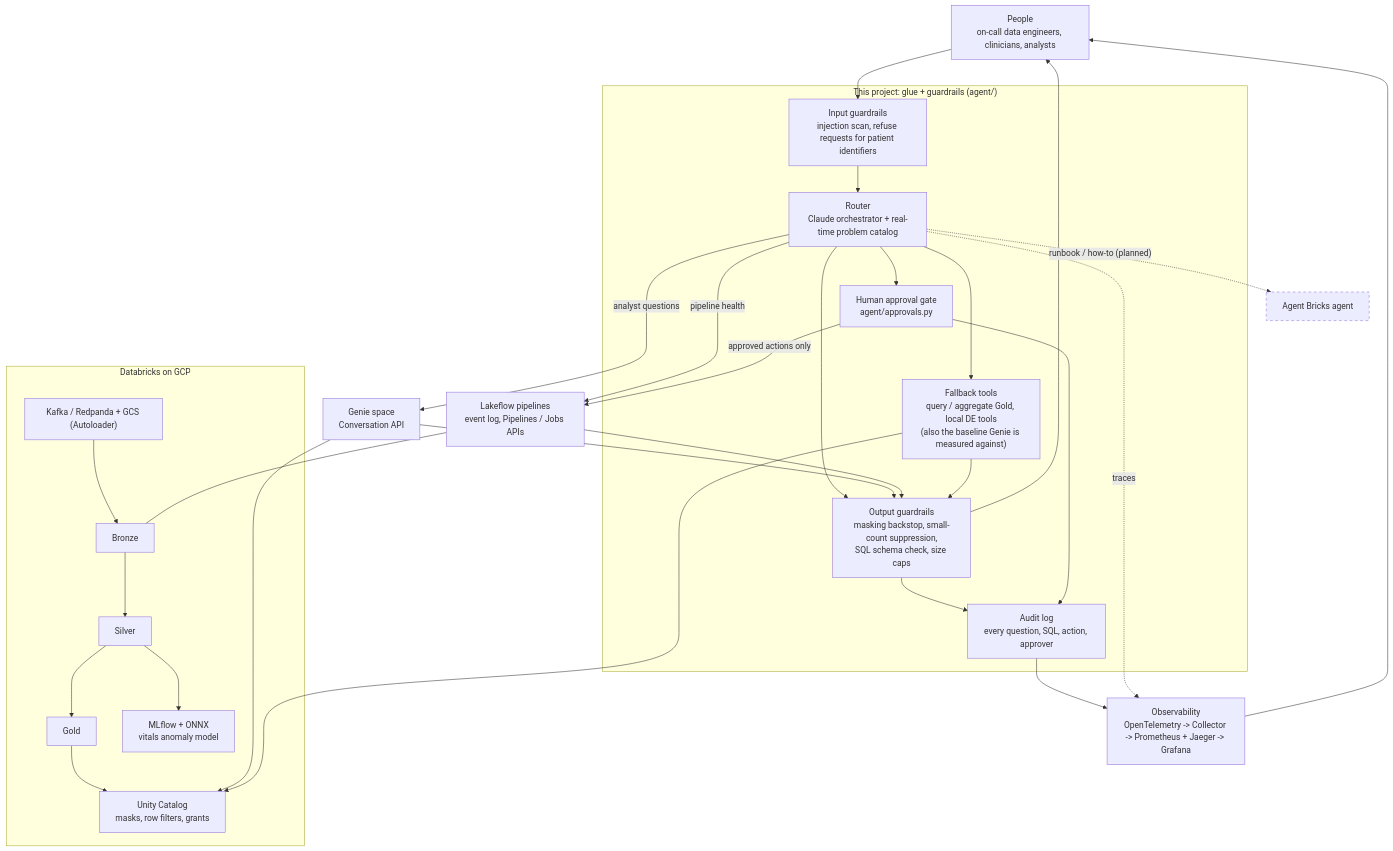
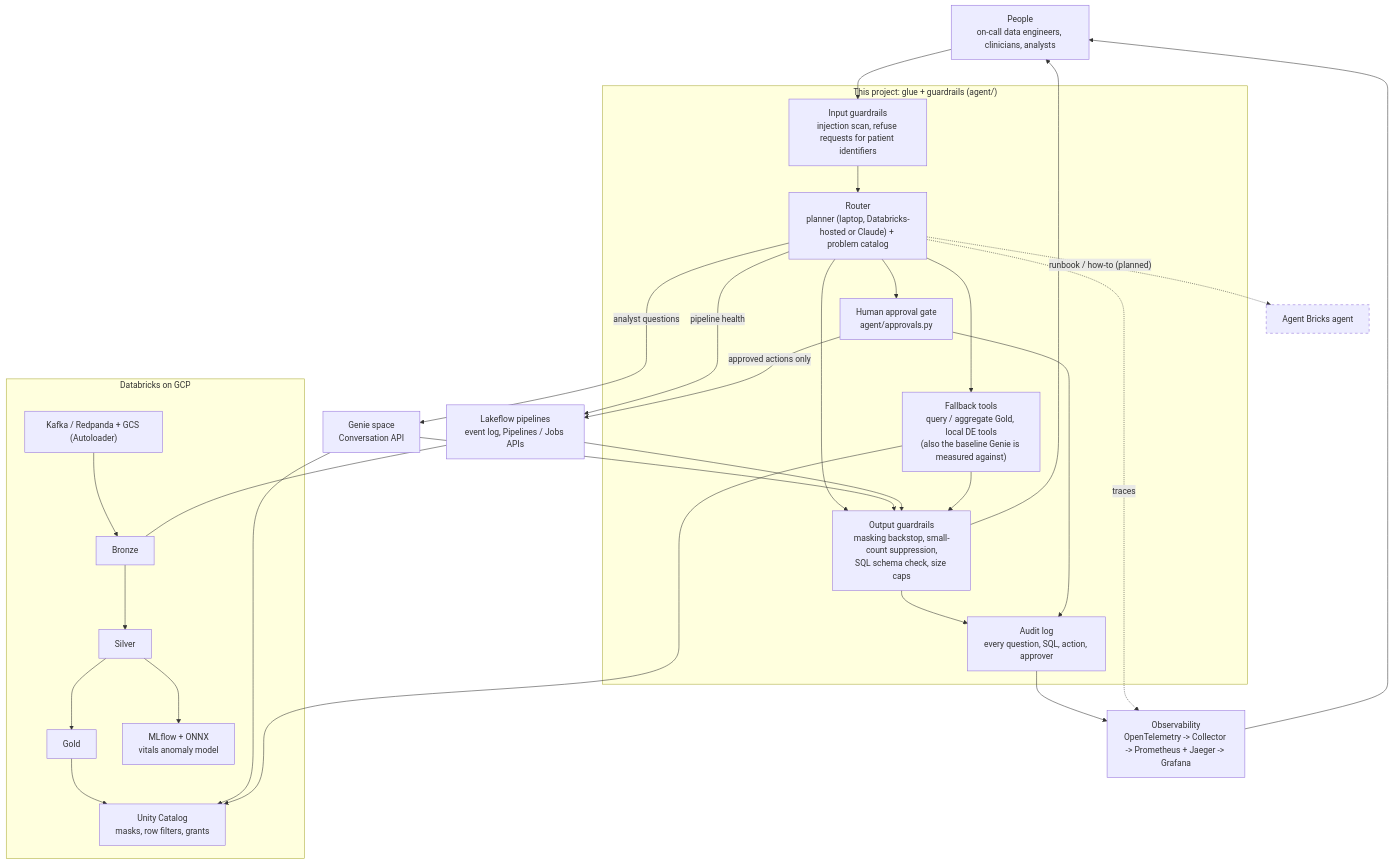
One commit to sumanthreddy369/databricks-agentic-de changed the first of 9 diagrams in README.md. Above: the diagram before and after it, drawn with Mermaid. The commit also changed other lines of this file and 19 other files, not shown here.

````diff
--- a/README.md
+++ b/README.md
@@ -209,39 +205,39 @@
 ```mermaid
 flowchart TD
     U["People<br/>on-call data engineers, clinicians, analysts"] --> IN
 
     subgraph OURS["This project: glue + guardrails (agent/)"]
-        IN["Input guardrails<br/>injection scan, refuse requests for patient identifiers"] --> R["Router<br/>Claude orchestrator + real-time problem catalog"]
+        IN["Input guardrails<br/>injection scan, refuse requests for patient identifiers"] --> R["Router<br/>planner (laptop, Databricks-hosted or Claude) + problem catalog"]
         R --> OUT["Output guardrails<br/>masking backstop, small-count suppression,<br/>SQL schema check, size caps"]
         R --> APR["Human approval gate<br/>agent/approvals.py"]
         OUT --> AUD["Audit log<br/>every question, SQL, action, approver"]
         APR --> AUD
         R --> FB["Fallback tools<br/>query / aggregate Gold, local DE tools<br/>(also the baseline Genie is measured against)"]
     end
 
     R -->|"analyst questions"| GENIE["Genie space<br/>Conversation API"]
     R -.->|"runbook / how-to (planned)"| BRICKS["Agent Bricks agent"]
     R -->|"pipeline health"| LAKE["Lakeflow pipelines<br/>event log, Pipelines / Jobs APIs"]
     APR -->|"approved actions only"| LAKE
 
     subgraph PLATFORM["Databricks on GCP"]
         SRC["Kafka / Redpanda + GCS (Autoloader)"] --> BRZ["Bronze"] --> SLV["Silver"] --> GLD["Gold"]
         GLD --> UC["Unity Catalog<br/>masks, row filters, grants"]
         SLV --> ML["MLflow + ONNX<br/>vitals anomaly model"]
     end
 
     LAKE --- BRZ
     GENIE --> UC
     FB --> UC
     GENIE --> OUT
     LAKE --> OUT
     FB --> OUT
     OUT --> U
 
     AUD --> OBS["Observability<br/>OpenTelemetry -> Collector -> Prometheus + Jaeger -> Grafana"]
     R -.->|"traces"| OBS
     OBS --> U
 
     classDef planned stroke-dasharray: 5 5
     class BRICKS planned
 ```
````
